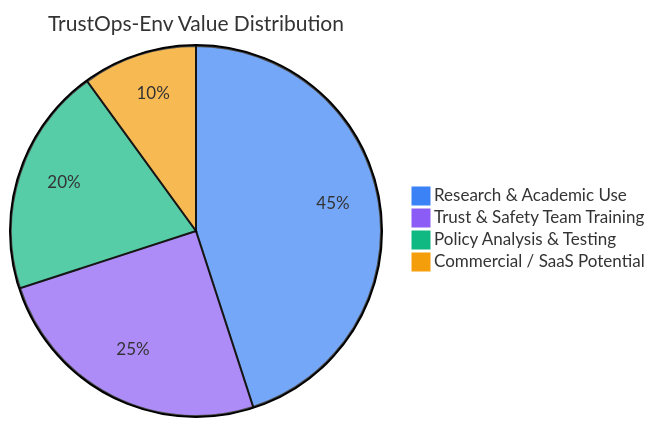
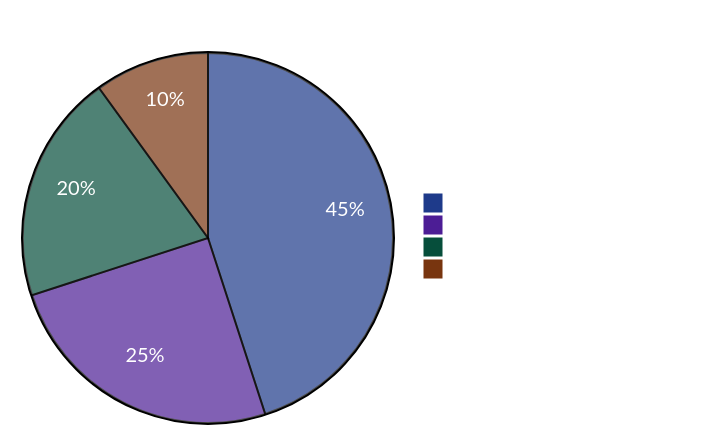
Diagram 13 of 15 in core_concept.md (Anubhav741/ThinkSync), drawn with Mermaid before and after one commit. The commit also changed other lines of this file, not shown here.

````diff
--- a/core_concept.md
+++ b/core_concept.md
@@ -458,8 +490,8 @@
 ```mermaid
-%%{init: {'theme': 'base', 'themeVariables': { 'pie1': '#3b82f6', 'pie2': '#8b5cf6', 'pie3': '#10b981', 'pie4': '#f59e0b', 'pieTitleTextSize': '21px', 'pieTitleTextWeight': 'bold'}}}%%
+%%{init: {'theme': 'base', 'themeVariables': { 'pie1': '#1E3A8A', 'pie2': '#4C1D95', 'pie3': '#064E3B', 'pie4': '#78350F', 'pieTitleTextSize': '28px', 'pieTitleTextWeight': 'bold', 'pieLegendTextSize': '20px', 'pieSectionTextSize': '20px', 'textColor': '#FFFFFF'}}}%%
 pie title TrustOps-Env Value Distribution
     "Research & Academic Use" : 45
     "Trust & Safety Team Training" : 25
     "Policy Analysis & Testing" : 20
     "Commercial / SaaS Potential" : 10
 ```
````
